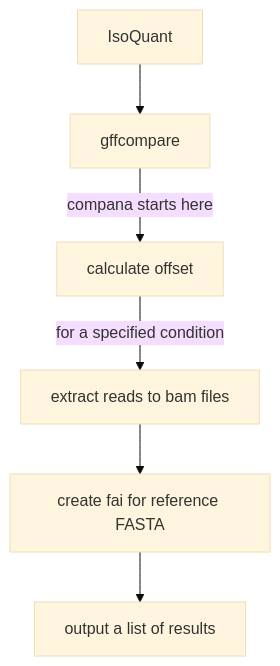
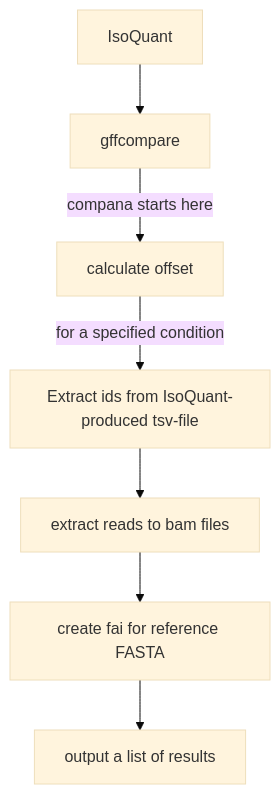
The second of 2 diagrams in documentation/flowchart.md (heidi-holappa/comparison-analyzer), drawn with Mermaid (base theme) before and after one commit. The commit also changed other lines of this file, not shown here.

Commit message:
draft a flowchart

````diff
--- a/documentation/flowchart.md
+++ b/documentation/flowchart.md
@@ -2,8 +19,9 @@
 ```mermaid
 flowchart TD
     A[IsoQuant] --> B[gffcompare]
     B -->|compana starts here| C[calculate offset]
-    C -->|for a specified condition| D[extract reads to bam files]
-    D --> E[create fai for reference FASTA]
-    E --> F[output a list of results]
+    C -->|for a specified condition| D[Extract ids from IsoQuant-produced tsv-file]
+    D --> E[extract reads to bam files]
+    E --> F[create fai for reference FASTA]
+    F --> G[output a list of results]
 ```
````
